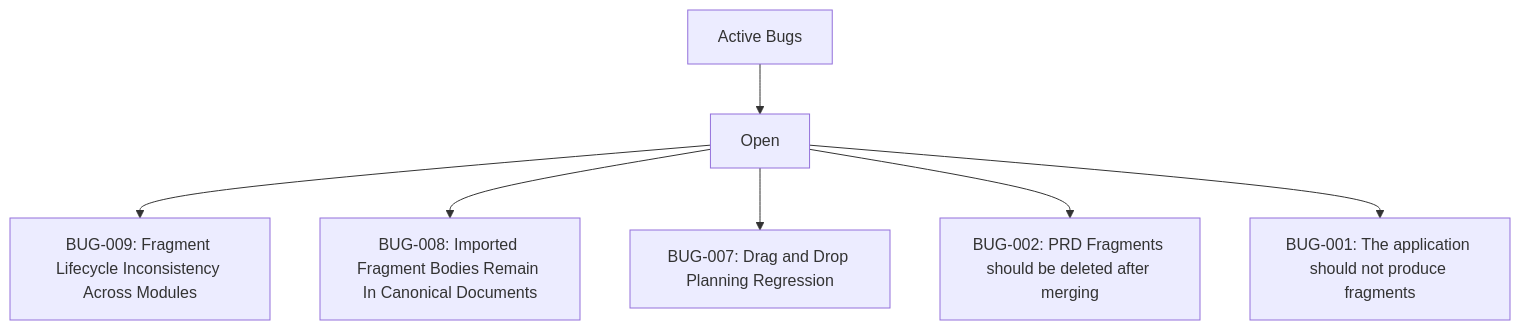
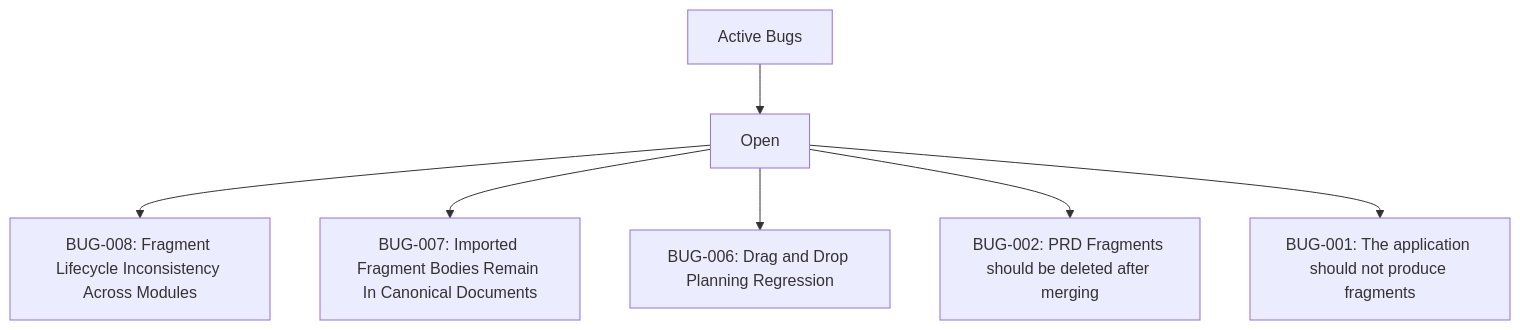
One commit to enabledtocreate/angels-desktop-project-manager changed the diagram in docs/BUGS.md. Above: the diagram before and after it, drawn with Mermaid. The commit also changed other lines of this file and 54 other files, not shown here.

````diff
--- a/docs/BUGS.md
+++ b/docs/BUGS.md
@@ -494,10 +494,10 @@
 ```mermaid
 flowchart TD
   bugs["Active Bugs"]
   bugs --> status_open["Open"]
-  status_open --> bug_bug_1775260498325_6ol1enm["BUG-009: Fragment Lifecycle Inconsistency Across Modules"]
-  status_open --> bug_bug_1775260497797_580tuqz["BUG-008: Imported Fragment Bodies Remain In Canonical Documents"]
-  status_open --> bug_bug_1775260497330_1iuegfh["BUG-007: Drag and Drop Planning Regression"]
+  status_open --> bug_bug_1775260498325_6ol1enm["BUG-008: Fragment Lifecycle Inconsistency Across Modules"]
+  status_open --> bug_bug_1775260497797_580tuqz["BUG-007: Imported Fragment Bodies Remain In Canonical Documents"]
+  status_open --> bug_bug_1775260497330_1iuegfh["BUG-006: Drag and Drop Planning Regression"]
   status_open --> bug_bug_1774625378814_fscisc2["BUG-002: PRD Fragments should be deleted after merging"]
   status_open --> bug_bug_1775007912160_wi58d94["BUG-001: The application should not produce fragments"]
 ```
````
